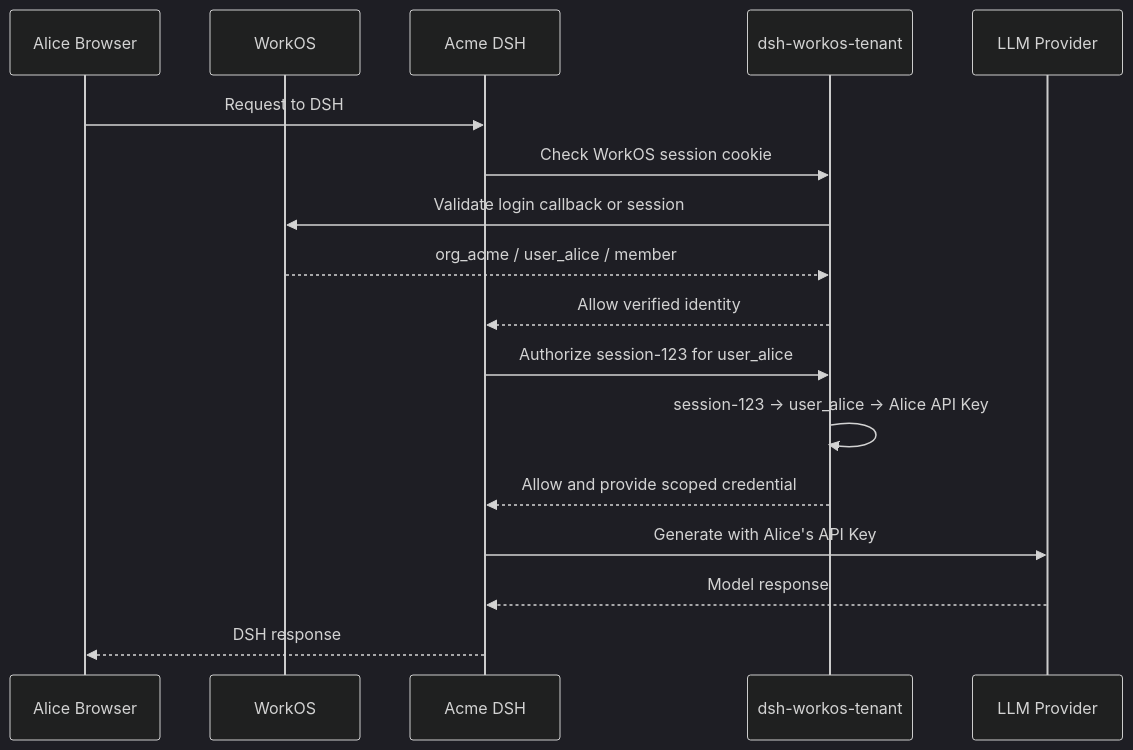
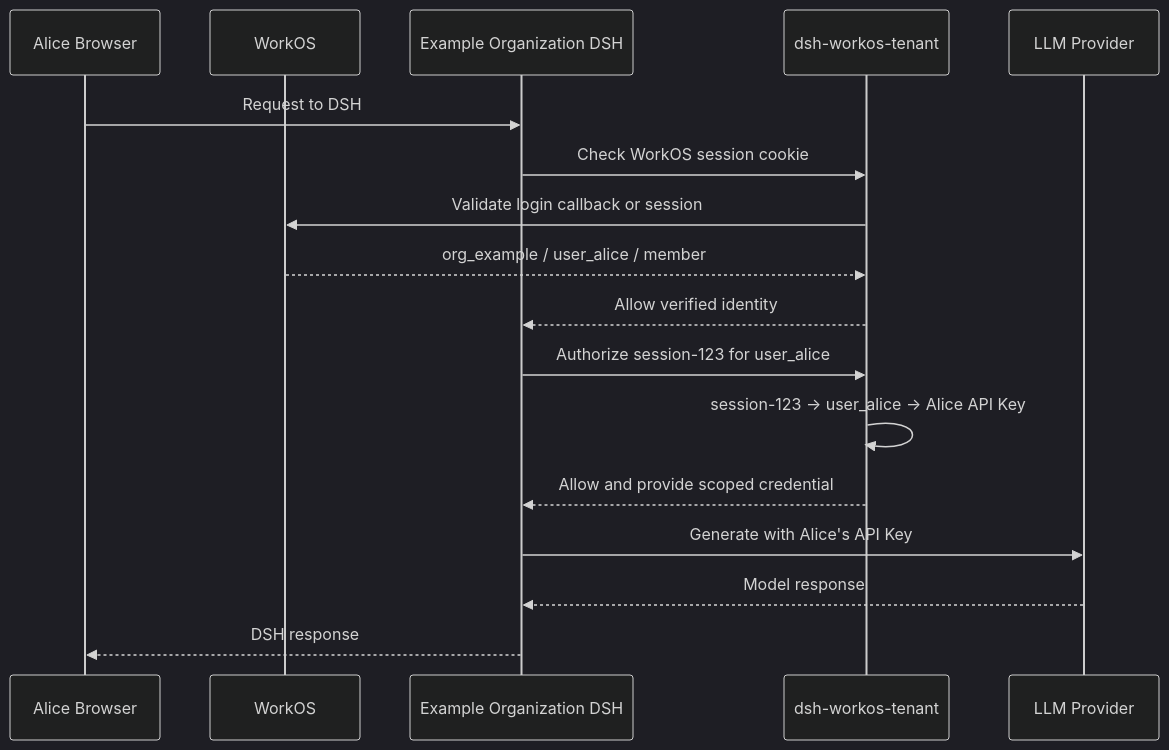
The second of 2 diagrams in README.md (gepeiyu/dsh-workos-tenant), drawn with Mermaid (dark theme) before and after one commit. The commit also changed other lines of this file and 1 other file, not shown here.

Commit message:
Clarify example organization in documentation

````diff
--- a/README.md
+++ b/README.md
@@ -55,20 +55,20 @@
 ```mermaid
 sequenceDiagram
   participant U as Alice Browser
   participant W as WorkOS
-  participant D as Acme DSH
+  participant D as Example Organization DSH
   participant P as dsh-workos-tenant
   participant L as LLM Provider
 
   U->>D: Request to DSH
   D->>P: Check WorkOS session cookie
   P->>W: Validate login callback or session
-  W-->>P: org_acme / user_alice / member
+  W-->>P: org_example / user_alice / member
   P-->>D: Allow verified identity
   D->>P: Authorize session-123 for user_alice
   P->>P: session-123 -> user_alice -> Alice API Key
   P-->>D: Allow and provide scoped credential
   D->>L: Generate with Alice's API Key
   L-->>D: Model response
   D-->>U: DSH response
 ```
````
